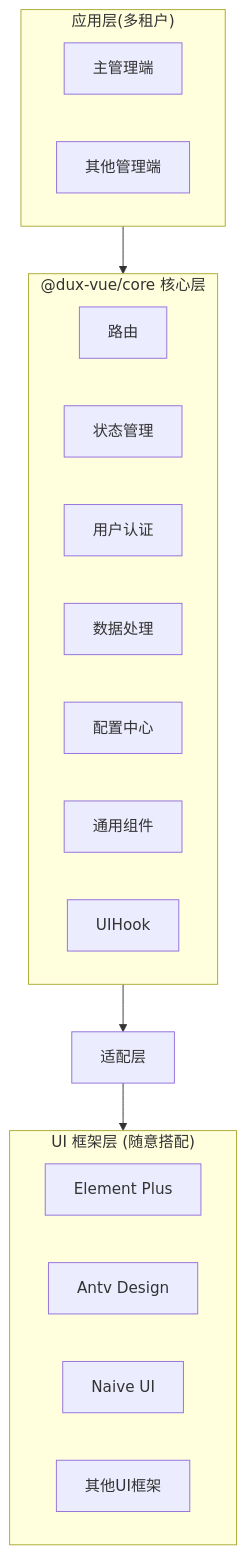
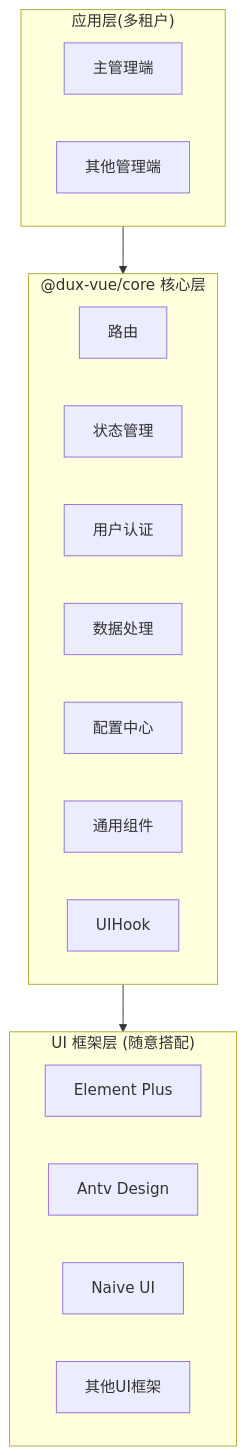
One commit to duxweb/dvha changed the diagram in README.md. Above: the diagram before and after it, drawn with Mermaid.

Commit message:
更新架构图关系

````diff
--- a/README.md
+++ b/README.md
@@ -16,28 +16,27 @@
 ```mermaid
 flowchart TD
     subgraph 应用层["应用层(多租户)"]
         主管理端
         其他管理端
     end
 
     subgraph 核心层["@dux-vue/core 核心层"]
         路由
         状态管理
         用户认证
         数据处理
         配置中心
         通用组件
         UIHook
     end
 
     subgraph UI框架层["UI 框架层 (随意搭配)"]
         Element["Element Plus"]
         Ant["Antv Design"]
         Naive["Naive UI"]
         其他["其他UI框架"]
     end
 
     应用层 --> 核心层
-    核心层 --> 适配层
-    适配层 --> UI框架层
+    核心层 --> UI框架层
 ```
````
